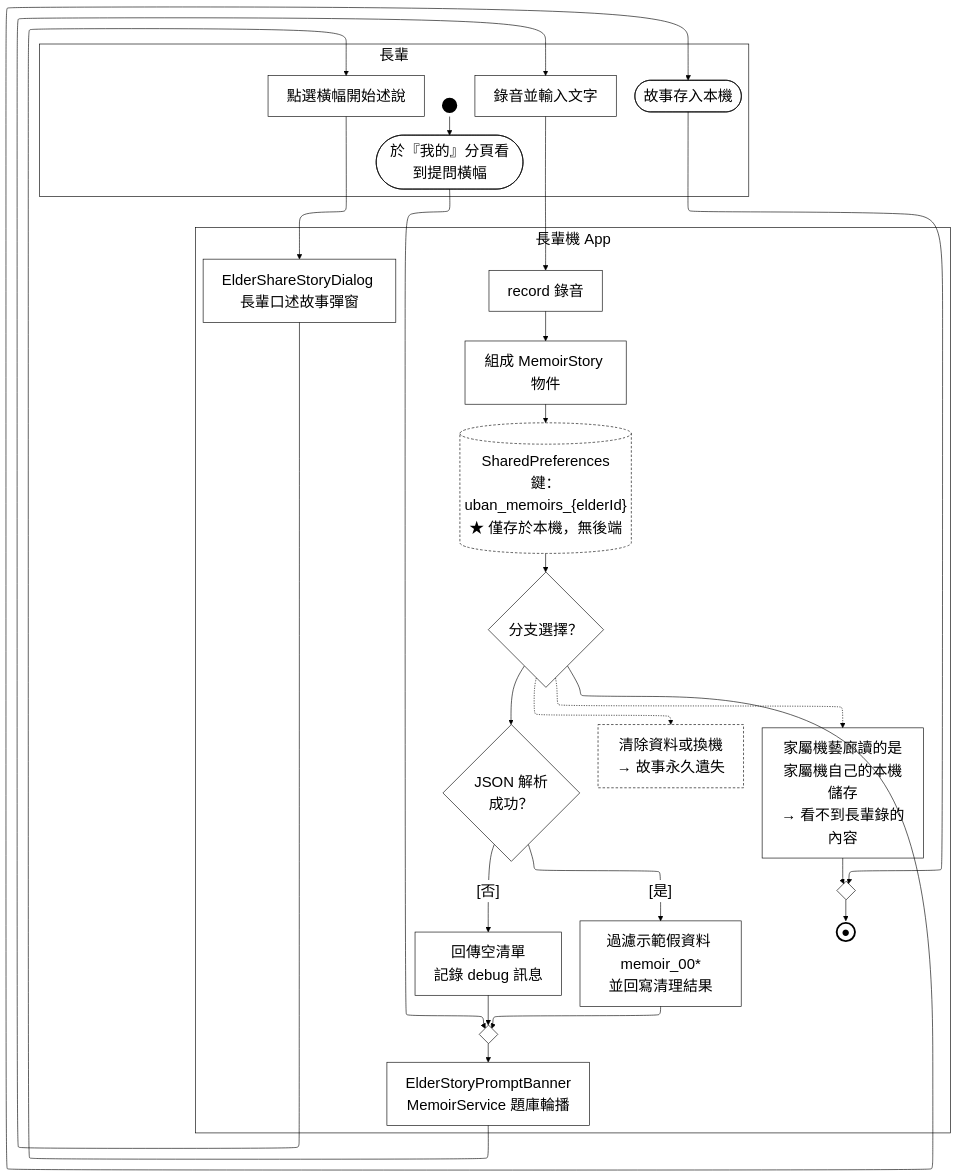
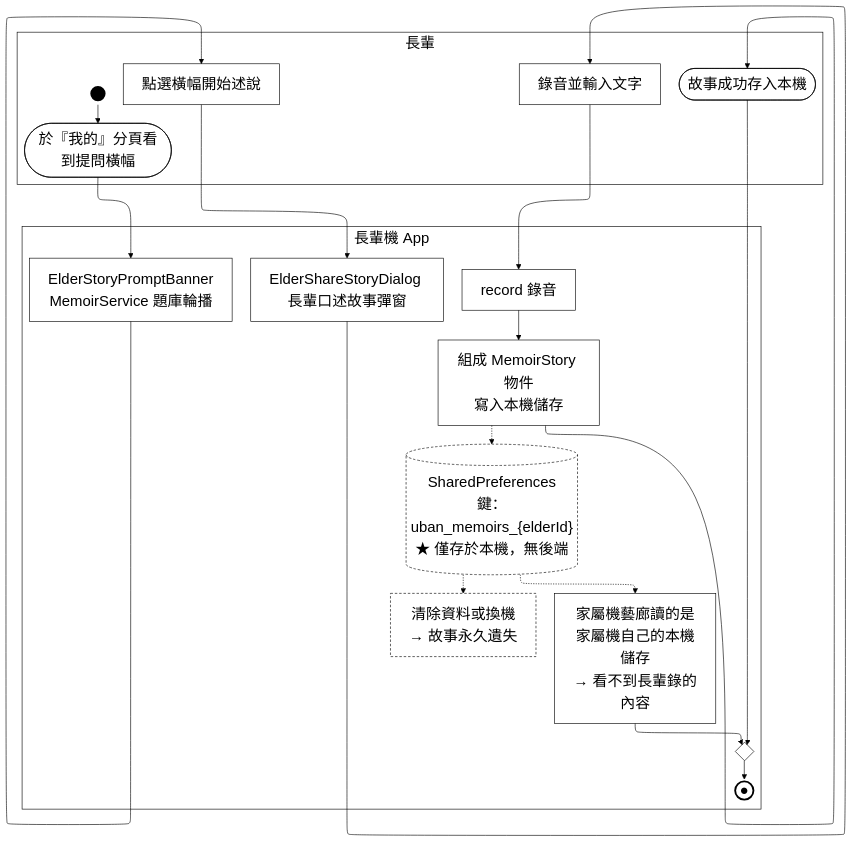
Before and after one commit to HuangYu-Kai/Uban: the diagram in Uban System Documents/mermaid原始碼/A12-生命回顧（長輩）.mmd, drawn with Mermaid. The commit also changed 116 other files, not shown here.

```diff
--- a/Uban System Documents/mermaid原始碼/A12-生命回顧（長輩）.mmd
+++ b/Uban System Documents/mermaid原始碼/A12-生命回顧（長輩）.mmd
@@ -1,56 +1,44 @@
 %%{init:{"layout":"elk","elk":{"mergeEdges":false,"nodePlacementStrategy":"NETWORK_SIMPLEX"},"flowchart":{"htmlLabels":true},"themeVariables":{"clusterBkg":"#FFFFFF","clusterBorder":"#000000","edgeLabelBackground":"#FFFFFF","textColor":"#000000","nodeTextColor":"#000000","titleColor":"#000000","lineColor":"#000000","fontSize":"24px"}}}%%
 flowchart TD
   %% 鎖住泳道順序：ELK 不照宣告順序排，沒有這條鏈後端會跑到最上面
   subgraph ROLE["長輩"]
     PAD_ROLE["&nbsp;&nbsp;&nbsp;&nbsp;&nbsp;&nbsp;&nbsp;&nbsp;&nbsp;&nbsp;&nbsp;&nbsp;&nbsp;&nbsp;&nbsp;&nbsp;&nbsp;&nbsp;&nbsp;&nbsp;&nbsp;&nbsp;&nbsp;&nbsp;&nbsp;&nbsp;&nbsp;&nbsp;&nbsp;&nbsp;&nbsp;&nbsp;&nbsp;&nbsp;&nbsp;&nbsp;&nbsp;&nbsp;&nbsp;&nbsp;"]:::pad
     ST_S1(("&nbsp;")):::term
     S1([於『我的』分頁看到提問橫幅]):::act
     S2["點選橫幅開始述說"]:::act
     S3["錄音並輸入文字"]:::act
-    S4(["故事存入本機"]):::act
+    S4(["故事成功存入本機"]):::act
   end
   subgraph FE["長輩機 App"]
     A1["ElderStoryPromptBanner<br/>MemoirService 題庫輪播"]:::act
     A2["ElderShareStoryDialog 長輩口述故事彈窗"]:::act
     A3["record 錄音"]:::act
-    A4["組成 MemoirStory 物件"]:::act
-    A5["過濾示範假資料 memoir_00*<br/>並回寫清理結果"]:::act
-    A6{"JSON 解析<br/>成功？"}:::dec
-    A7["回傳空清單<br/>記錄 debug 訊息"]:::act
+    A4["組成 MemoirStory 物件<br/>寫入本機儲存"]:::act
     LOCAL[("SharedPreferences<br/>鍵：uban_memoirs_{elderId}<br/>★ 僅存於本機，無後端")]:::gap
     G1["家屬機藝廊讀的是<br/>家屬機自己的本機儲存<br/>→ 看不到長輩錄的內容"]:::act
     G2["清除資料或換機<br/>→ 故事永久遺失"]:::gap
-    D_LOCAL{"分支選擇？"}:::dec
-    M_A1{" "}:::dec
     M_END{" "}:::dec
     EN_ALL(("●")):::endterm
   end
 
   ST_S1 --> S1
-  S1 --> M_A1
+  S1 --> A1
   A1 --> S2
   S2 --> A2
   A2 --> S3
   S3 --> A3
   A3 --> A4
-  A4 --> LOCAL
-  D_LOCAL --> S4
-  D_LOCAL --> A6
-  A6 -->|"[是]"| A5
-  A5 --> M_A1
-  A6 -->|"[否]"| A7
-  A7 --> M_A1
-  D_LOCAL -.-> G1
-  D_LOCAL -.-> G2
+  A4 -.-> LOCAL
+  A4 --> S4
+  LOCAL -.-> G1
+  LOCAL -.-> G2
   S4 --> M_END
   G1 --> M_END
-  LOCAL --> D_LOCAL
-  M_A1 --> A1
   M_END --> EN_ALL
   ROLE ~~~ FE
   classDef pad  fill:none,stroke:none,color:#FFFFFF
   classDef act  fill:#FFFFFF,stroke:#000000,stroke-width:1px,color:#000000
   classDef dec  fill:#FFFFFF,stroke:#000000,stroke-width:1px,color:#000000
   classDef term fill:#000000,stroke:#000000,stroke-width:3px,color:#000000
   classDef endterm fill:#FFFFFF,stroke:#000000,stroke-width:3px,color:#000000
   classDef gap  fill:#FFFFFF,stroke:#000000,stroke-width:1px,color:#000000,stroke-dasharray:4 3
```
